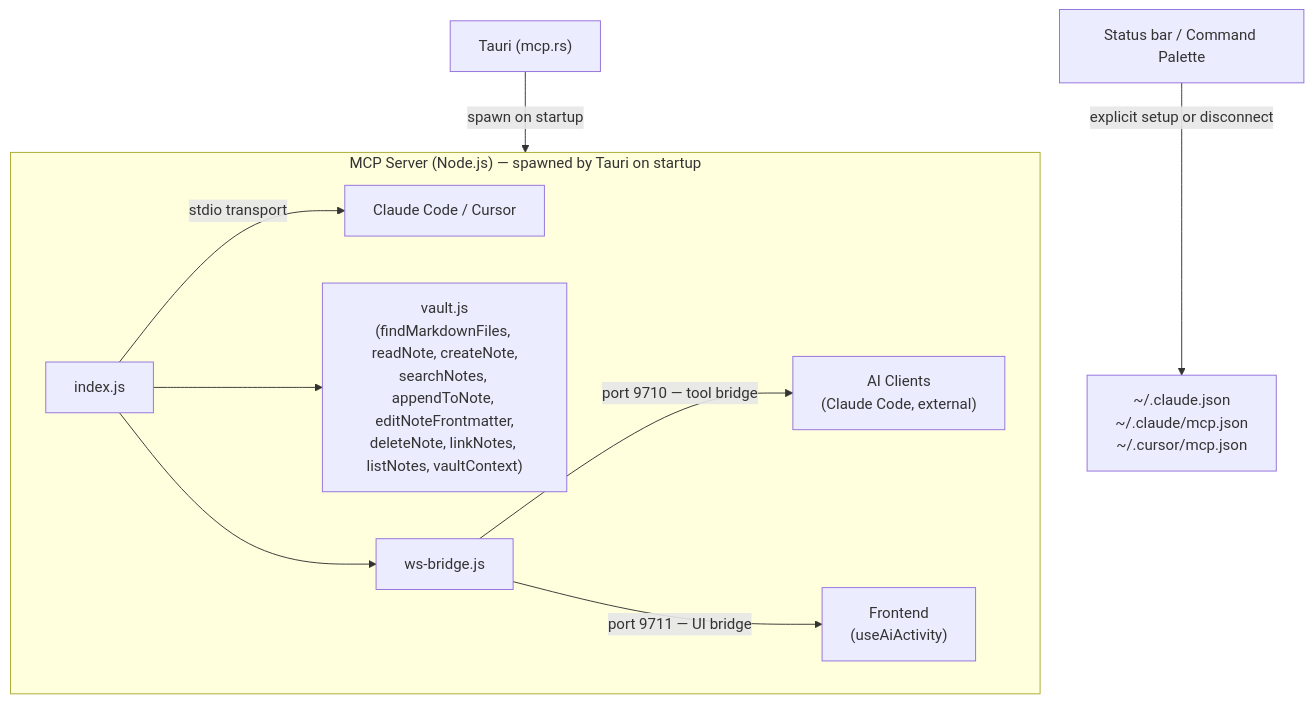
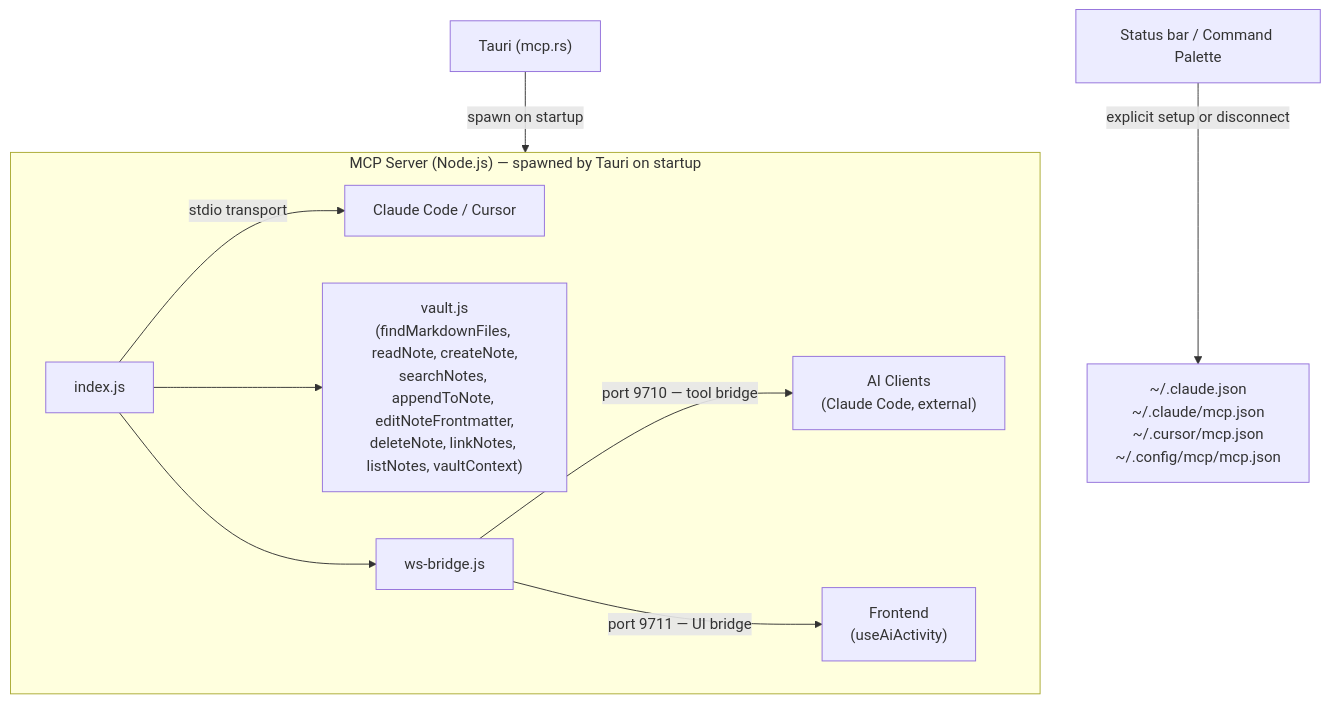
Before and after one commit to aimeritething/Fuwa: the fourth of 10 diagrams in docs/ARCHITECTURE.md, drawn with Mermaid. The commit also changed other lines of this file and 3 other files, not shown here.

Commit message:
feat: add generic MCP config support

````diff
--- a/docs/ARCHITECTURE.md
+++ b/docs/ARCHITECTURE.md
@@ -323,17 +324,17 @@
 ```mermaid
 flowchart TD
     subgraph MCP["MCP Server (Node.js) — spawned by Tauri on startup"]
         IDX["index.js"]
         VAULT["vault.js\n(findMarkdownFiles, readNote, createNote,\nsearchNotes, appendToNote, editNoteFrontmatter,\ndeleteNote, linkNotes, listNotes, vaultContext)"]
         WSB["ws-bridge.js"]
 
         IDX -->|"stdio transport"| STDIO["Claude Code / Cursor"]
         IDX --> VAULT
         IDX --> WSB
         WSB -->|"port 9710 — tool bridge"| AI["AI Clients\n(Claude Code, external)"]
         WSB -->|"port 9711 — UI bridge"| FE["Frontend\n(useAiActivity)"]
     end
 
     TAURI["Tauri (mcp.rs)"] -->|"spawn on startup"| MCP
-    UI["Status bar / Command Palette"] -->|"explicit setup or disconnect"| CFG["~/.claude.json\n~/.claude/mcp.json\n~/.cursor/mcp.json"]
+    UI["Status bar / Command Palette"] -->|"explicit setup or disconnect"| CFG["~/.claude.json\n~/.claude/mcp.json\n~/.cursor/mcp.json\n~/.config/mcp/mcp.json"]
 ```
````
